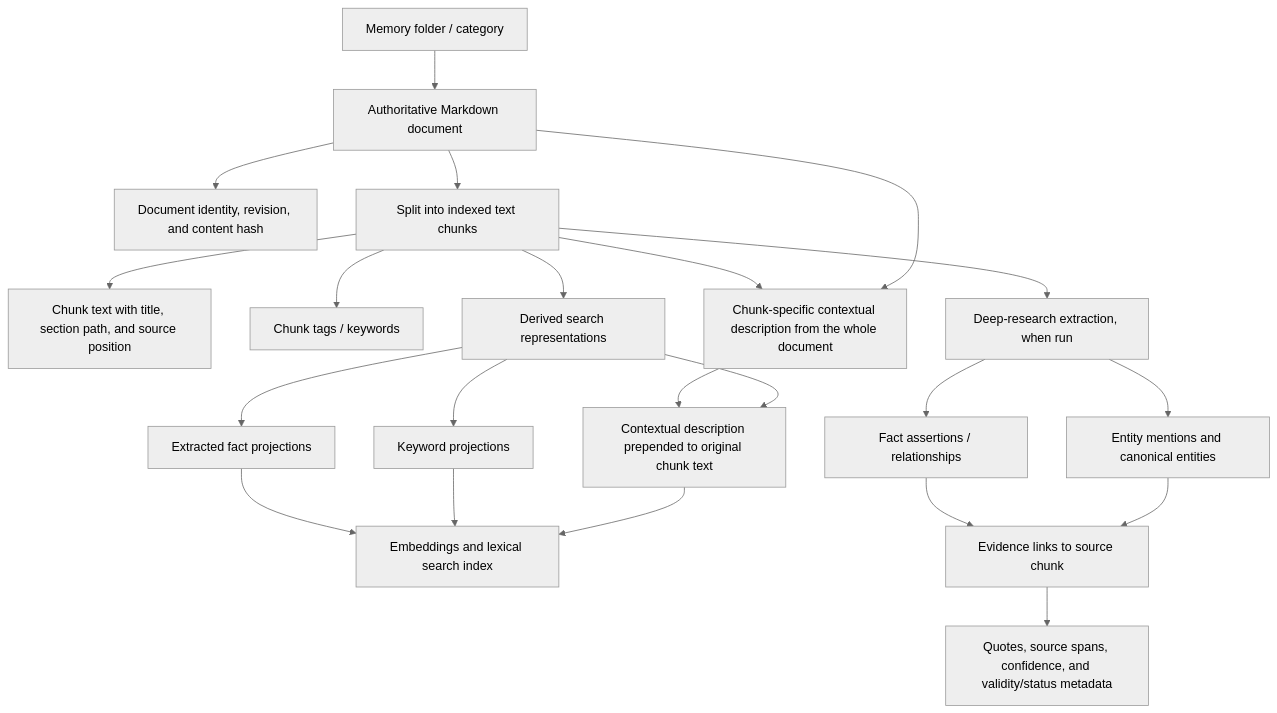
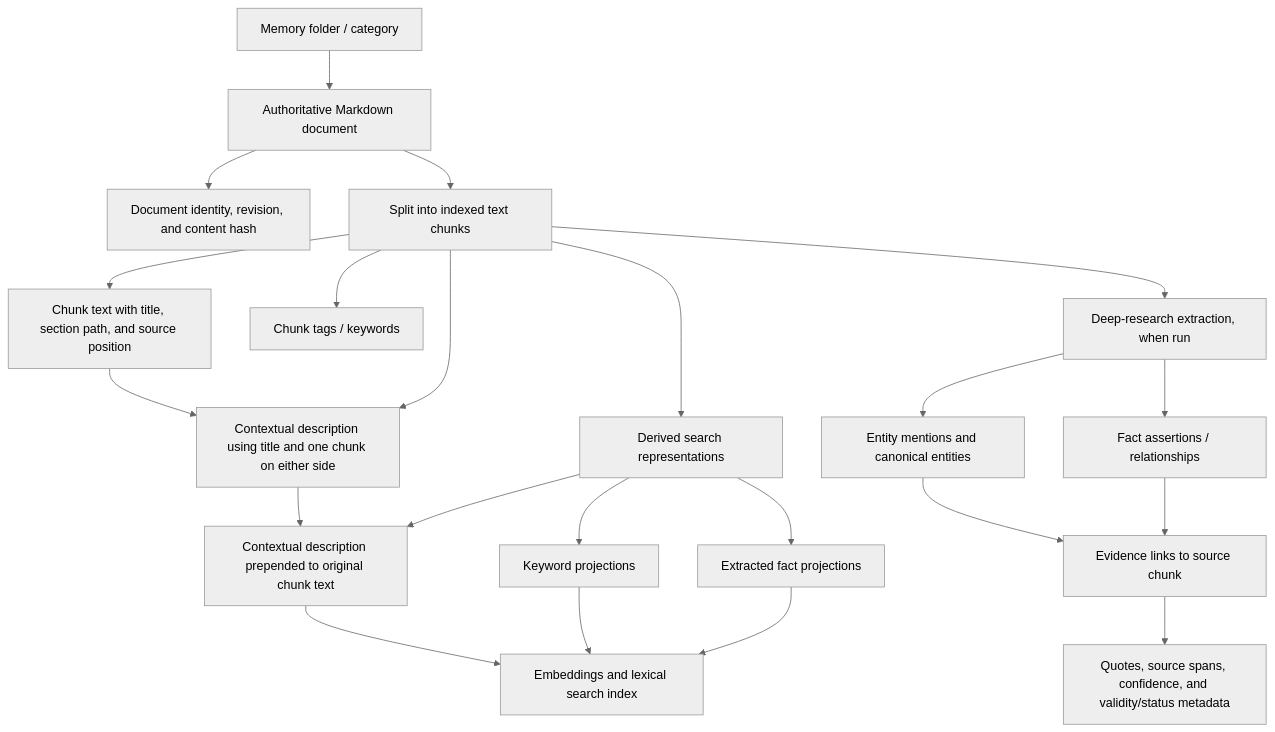
The fourth of 4 diagrams in ARCHITECTURE.md (Cynosure-AI/cynosure-app), drawn with Mermaid (neutral theme) before and after one commit. The commit also changed other lines of this file and 5 other files, not shown here.

````diff
--- a/ARCHITECTURE.md
+++ b/ARCHITECTURE.md
@@ -95,24 +95,24 @@
 ```mermaid
 flowchart TD
   A[Memory folder / category] --> B[Authoritative Markdown document]
   B --> C[Document identity, revision, and content hash]
   B --> D[Split into indexed text chunks]
   D --> E[Chunk text with title, section path, and source position]
   D --> F[Chunk tags / keywords]
-  B --> G[Chunk-specific contextual description from the whole document]
+  E --> G[Contextual description using title and one chunk on either side]
   D --> G
   D --> H[Derived search representations]
   H --> H1[Contextual description prepended to original chunk text]
   G --> H1
   H --> H2[Keyword projections]
   H --> H3[Extracted fact projections]
   H1 --> I[Embeddings and lexical search index]
   H2 --> I
   H3 --> I
   D --> J[Deep-research extraction, when run]
   J --> K[Entity mentions and canonical entities]
   J --> L[Fact assertions / relationships]
   K --> M[Evidence links to source chunk]
   L --> M
   M --> N[Quotes, source spans, confidence, and validity/status metadata]
 ```
````
